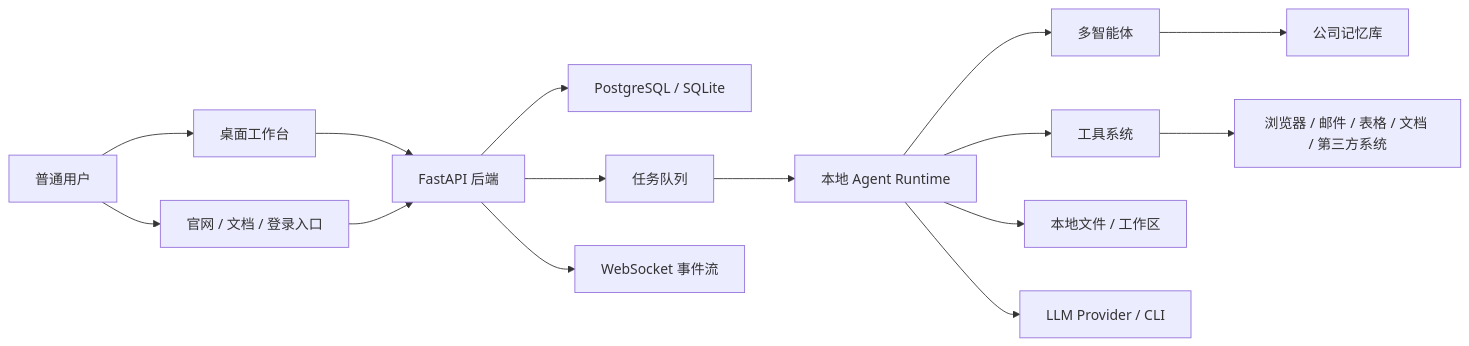
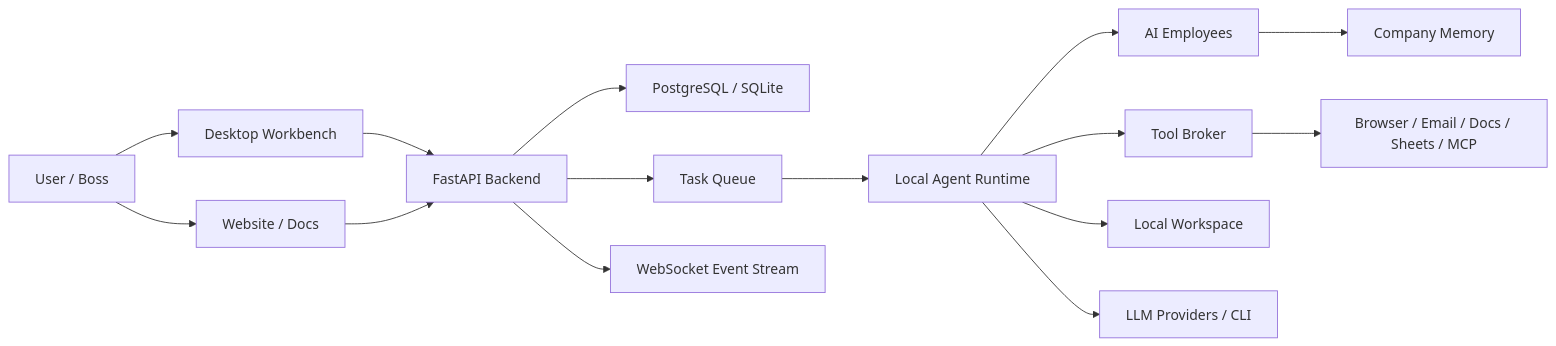
Before and after one commit to Clycheng/agentpulse: the diagram in README.md, drawn with Mermaid. The commit also changed other lines of this file, not shown here.

````diff
--- a/README.md
+++ b/README.md
@@ -80,21 +97,21 @@
 ```mermaid
 flowchart LR
-  User["普通用户"] --> Desktop["桌面工作台"]
-  User --> Web["官网 / 文档 / 登录入口"]
+  User["User / Boss"] --> Desktop["Desktop Workbench"]
+  User --> Web["Website / Docs"]
 
-  Desktop --> API["FastAPI 后端"]
+  Desktop --> API["FastAPI Backend"]
   Web --> API
 
   API --> DB["PostgreSQL / SQLite"]
-  API --> Queue["任务队列"]
-  API --> Realtime["WebSocket 事件流"]
+  API --> Queue["Task Queue"]
+  API --> Realtime["WebSocket Event Stream"]
 
-  Queue --> Runtime["本地 Agent Runtime"]
-  Runtime --> Agents["多智能体"]
-  Runtime --> Tools["工具系统"]
-  Runtime --> Files["本地文件 / 工作区"]
-  Runtime --> Providers["LLM Provider / CLI"]
+  Queue --> Runtime["Local Agent Runtime"]
+  Runtime --> Agents["AI Employees"]
+  Runtime --> Tools["Tool Broker"]
+  Runtime --> Files["Local Workspace"]
+  Runtime --> Providers["LLM Providers / CLI"]
 
-  Agents --> Memory["公司记忆库"]
-  Tools --> Integrations["浏览器 / 邮件 / 表格 / 文档 / 第三方系统"]
+  Agents --> Memory["Company Memory"]
+  Tools --> Integrations["Browser / Email / Docs / Sheets / MCP"]
 ```
````
